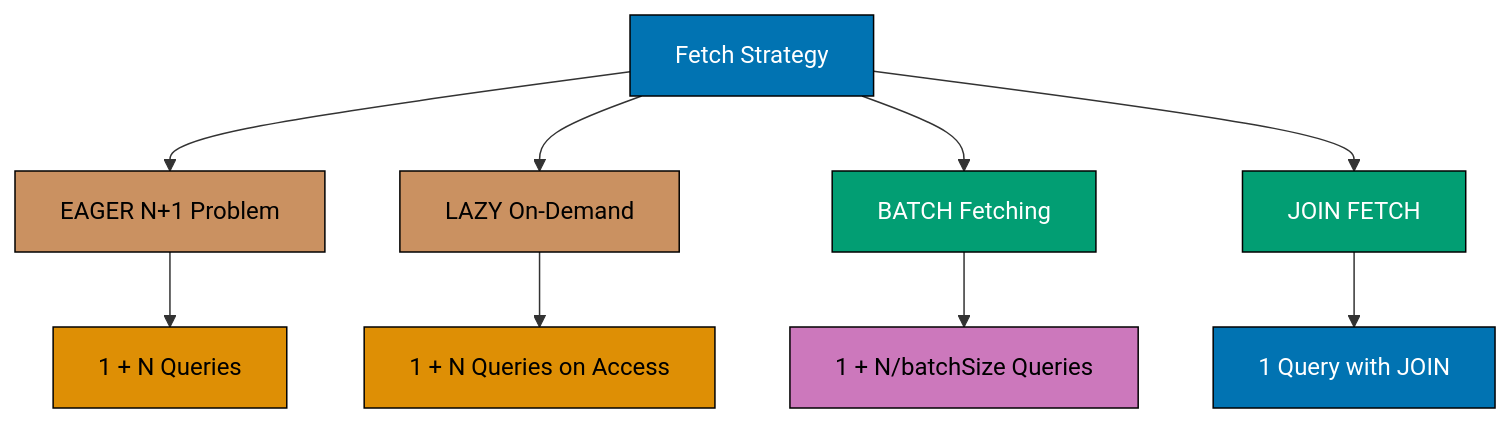
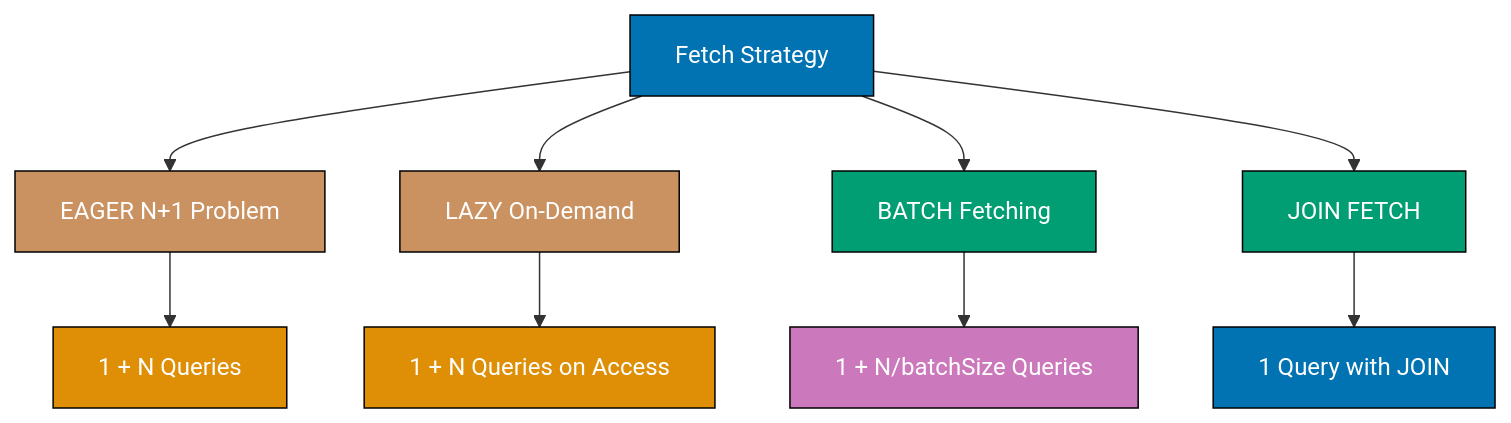
The tenth of 10 diagrams in apps/ayokoding-web/content/en/learn/software-engineering/data/tools/spring-data-jpa/by-example/advanced.md (wahidyankf/open-sharia-enterprise), drawn with Mermaid before and after one commit. The commit also changed other lines of this file and 61 other files, not shown here.

First line of the commit message:
fix(ayokoding-web): quote Mermaid node labels with special characters in Example 63

````diff
--- a/apps/ayokoding-web/content/en/learn/software-engineering/data/tools/spring-data-jpa/by-example/advanced.md
+++ b/apps/ayokoding-web/content/en/learn/software-engineering/data/tools/spring-data-jpa/by-example/advanced.md
@@ -3321,22 +3321,22 @@
 ```mermaid
 %% Fetch strategies comparison
 graph TD
     A[Fetch Strategy] --> B[EAGER N+1 Problem]
     A --> C[LAZY On-Demand]
     A --> D[BATCH Fetching]
     A --> E[JOIN FETCH]
     B --> F[1 + N Queries]
     C --> G[1 + N Queries on Access]
     D --> H[1 + N/batchSize Queries]
     E --> I[1 Query with JOIN]
 
     style A fill:#0173B2,stroke:#000,color:#fff
-    style B fill:#CA9161,stroke:#000,color:#000
-    style C fill:#CA9161,stroke:#000,color:#000
+    style B fill:#CA9161,stroke:#000,color:#fff
+    style C fill:#CA9161,stroke:#000,color:#fff
     style D fill:#029E73,stroke:#000,color:#fff
     style E fill:#029E73,stroke:#000,color:#fff
-    style F fill:#DE8F05,stroke:#000,color:#000
-    style G fill:#DE8F05,stroke:#000,color:#000
-    style H fill:#CC78BC,stroke:#000,color:#000
+    style F fill:#DE8F05,stroke:#000,color:#fff
+    style G fill:#DE8F05,stroke:#000,color:#fff
+    style H fill:#CC78BC,stroke:#000,color:#fff
     style I fill:#0173B2,stroke:#000,color:#fff
 ```
````
